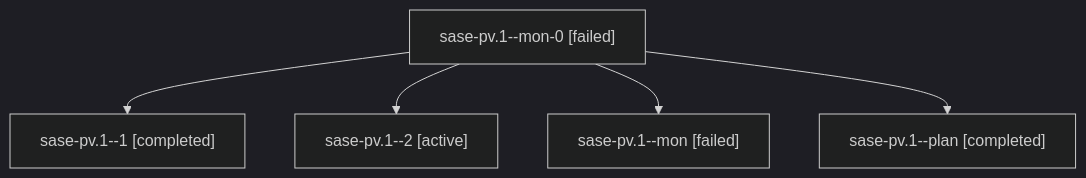
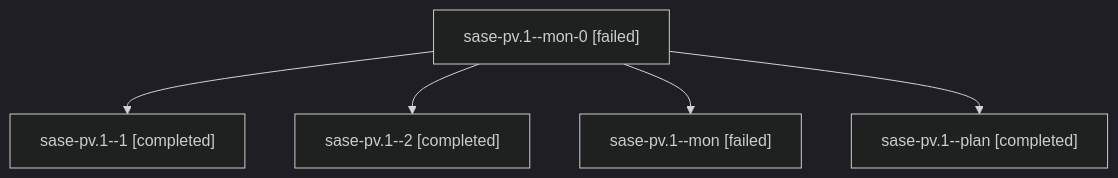
The diagram in families/bbugyi200.athena.sase-pv.1.md (sase-org/sase--agents), drawn with Mermaid (dark theme) before and after one commit. The commit also changed other lines of this file and 95 other files, not shown here.

````diff
--- a/families/bbugyi200.athena.sase-pv.1.md
+++ b/families/bbugyi200.athena.sase-pv.1.md
@@ -9,12 +9,12 @@
 ```mermaid
 flowchart TD
   n0["sase-pv.1--mon-0 [failed]"]
   n1["sase-pv.1--1 [completed]"]
   n0 --> n1
-  n2["sase-pv.1--2 [active]"]
+  n2["sase-pv.1--2 [completed]"]
   n0 --> n2
   n3["sase-pv.1--mon [failed]"]
   n0 --> n3
   n4["sase-pv.1--plan [completed]"]
   n0 --> n4
 ```
````
